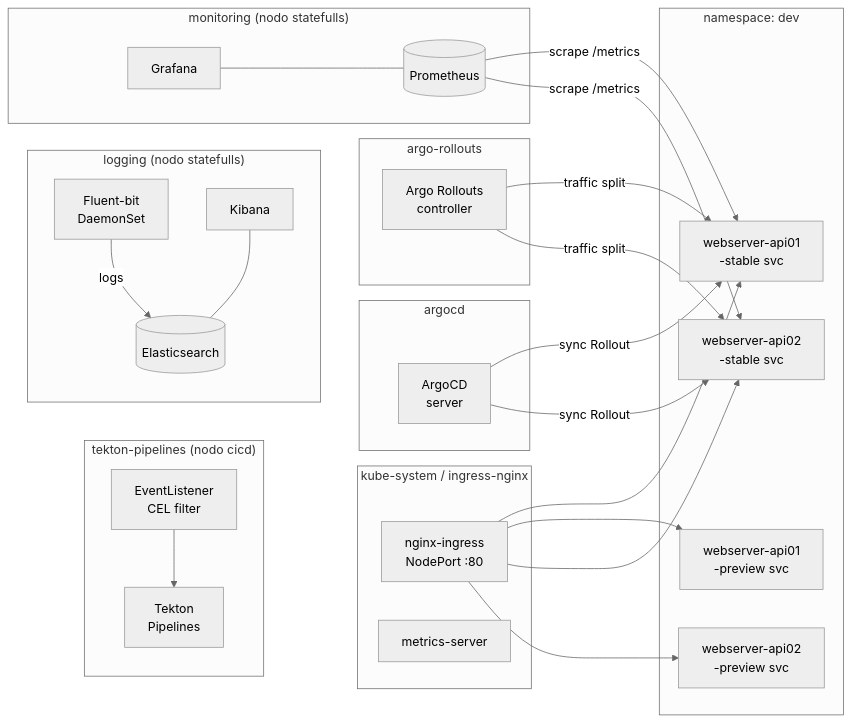
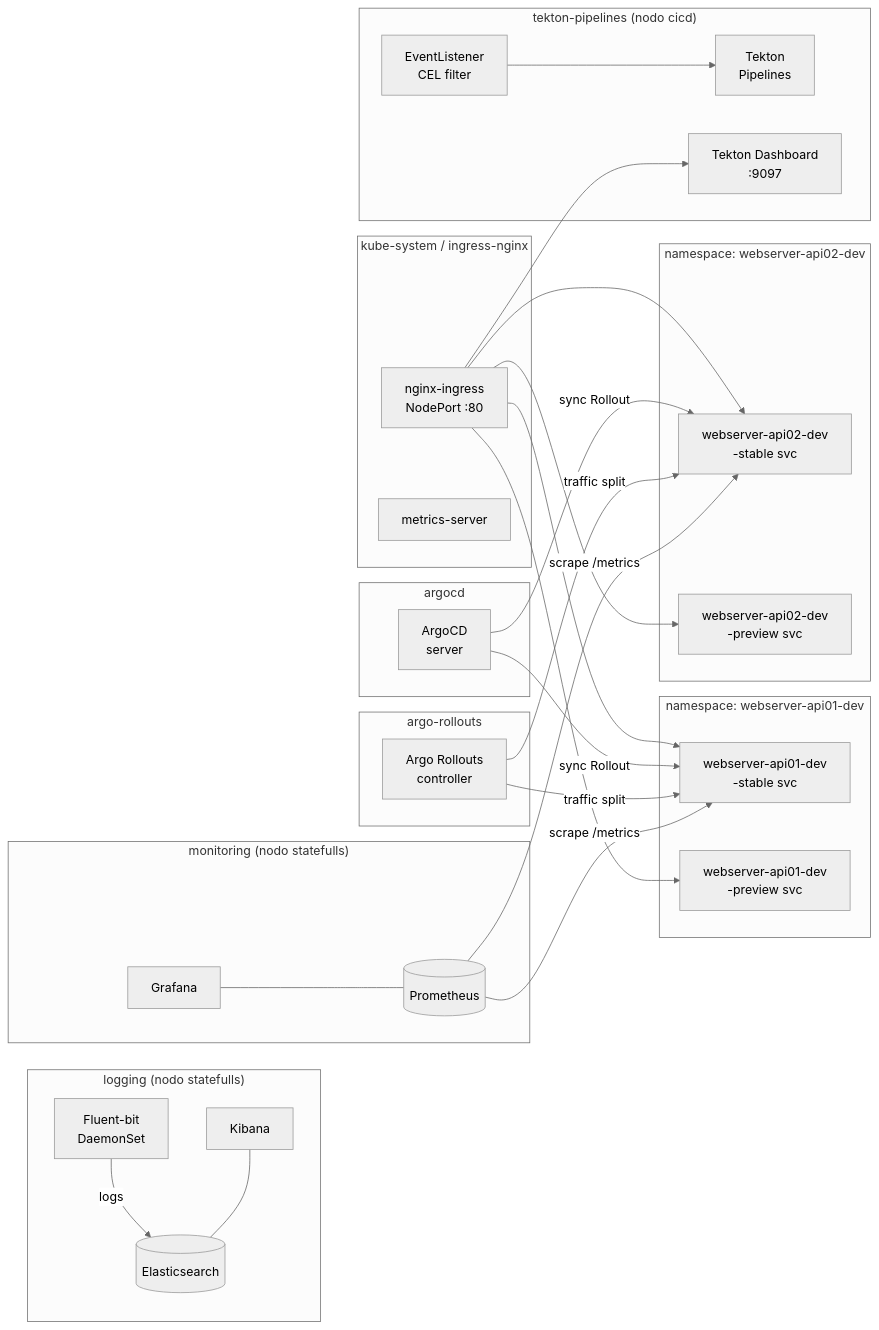
One commit to Valentino-33/belo-infrabase-k3d changed the second of 4 diagrams in docs/architecture.md. Above: the diagram before and after it, drawn with Mermaid (neutral theme). The commit also changed other lines of this file and 26 other files, not shown here.

````diff
--- a/docs/architecture.md
+++ b/docs/architecture.md
@@ -80,53 +81,58 @@
 ```mermaid
 flowchart LR
     subgraph ns_sys["kube-system / ingress-nginx"]
         NGX[nginx-ingress<br/>NodePort :80]
         MS[metrics-server]
     end
 
     subgraph ns_argo["argocd"]
         AC[ArgoCD<br/>server]
     end
 
     subgraph ns_rollouts["argo-rollouts"]
         AR[Argo Rollouts<br/>controller]
     end
 
     subgraph ns_tekton["tekton-pipelines (nodo cicd)"]
         TK[Tekton<br/>Pipelines]
         EL[EventListener<br/>CEL filter]
+        TD[Tekton Dashboard<br/>:9097]
     end
 
-    subgraph ns_dev["namespace: dev"]
-        A1_S["webserver-api01<br/>-stable svc"]
-        A1_P["webserver-api01<br/>-preview svc"]
-        A2_S["webserver-api02<br/>-stable svc"]
-        A2_P["webserver-api02<br/>-preview svc"]
+    subgraph ns_api01["namespace: webserver-api01-dev"]
+        A1_S["webserver-api01-dev<br/>-stable svc"]
+        A1_P["webserver-api01-dev<br/>-preview svc"]
+    end
+
+    subgraph ns_api02["namespace: webserver-api02-dev"]
+        A2_S["webserver-api02-dev<br/>-stable svc"]
+        A2_P["webserver-api02-dev<br/>-preview svc"]
     end
 
     subgraph ns_log["logging (nodo statefulls)"]
         ES[(Elasticsearch)]
         FB[Fluent-bit<br/>DaemonSet]
         KB[Kibana]
     end
 
     subgraph ns_mon["monitoring (nodo statefulls)"]
         PROM[(Prometheus)]
         GR[Grafana]
     end
 
     NGX --> A1_S
     NGX --> A1_P
     NGX --> A2_S
     NGX --> A2_P
+    NGX --> TD
     AC -->|sync Rollout| A1_S
     AC -->|sync Rollout| A2_S
     AR -->|traffic split| A1_S
     AR -->|traffic split| A2_S
     EL --> TK
     FB -->|logs| ES
     KB --- ES
     PROM -->|scrape /metrics| A1_S
     PROM -->|scrape /metrics| A2_S
     GR --- PROM
 ```
````
